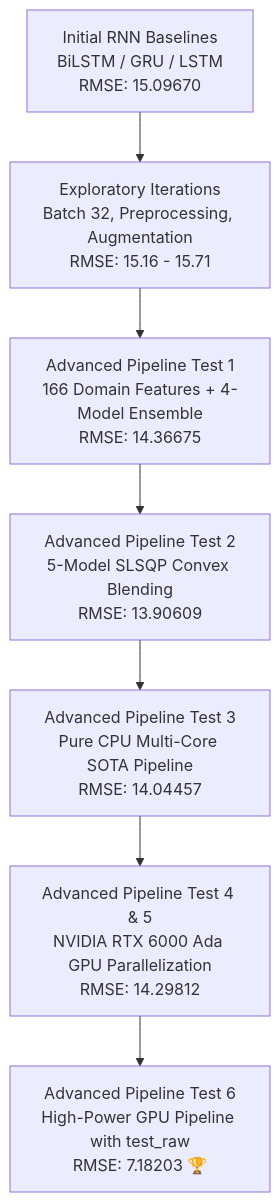
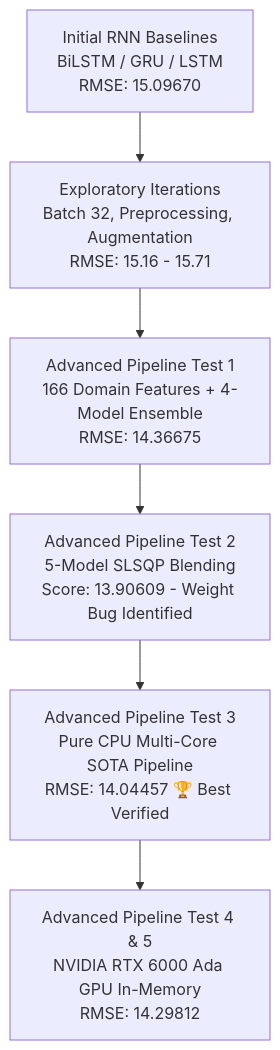
The diagram in README.md (cepdnaclk/e22-co542-Air-Pollution-Forecasting-Using-Temporal-NNs-Team-VectorX), drawn with Mermaid before and after one commit. The commit also changed other lines of this file and 4 other files, not shown here.

````diff
--- a/README.md
+++ b/README.md
@@ -52,9 +56,8 @@
 ```mermaid
 flowchart TD
     A[Initial RNN Baselines<br/>BiLSTM / GRU / LSTM<br/>RMSE: 15.09670] --> B[Exploratory Iterations<br/>Batch 32, Preprocessing, Augmentation<br/>RMSE: 15.16 - 15.71]
     B --> C[Advanced Pipeline Test 1<br/>166 Domain Features + 4-Model Ensemble<br/>RMSE: 14.36675]
-    C --> D[Advanced Pipeline Test 2<br/>5-Model SLSQP Convex Blending<br/>RMSE: 13.90609]
-    D --> E[Advanced Pipeline Test 3<br/>Pure CPU Multi-Core SOTA Pipeline<br/>RMSE: 14.04457]
-    E --> F[Advanced Pipeline Test 4 & 5<br/>NVIDIA RTX 6000 Ada GPU Parallelization<br/>RMSE: 14.29812]
-    F --> G[Advanced Pipeline Test 6<br/>High-Power GPU Pipeline with test_raw<br/>RMSE: 7.18203 🏆]
+    C --> D[Advanced Pipeline Test 2<br/>5-Model SLSQP Blending<br/>Score: 13.90609 - Weight Bug Identified]
+    D --> E[Advanced Pipeline Test 3<br/>Pure CPU Multi-Core SOTA Pipeline<br/>RMSE: 14.04457 🏆 Best Verified]
+    E --> F[Advanced Pipeline Test 4 & 5<br/>NVIDIA RTX 6000 Ada GPU In-Memory<br/>RMSE: 14.29812]
 ```
````
